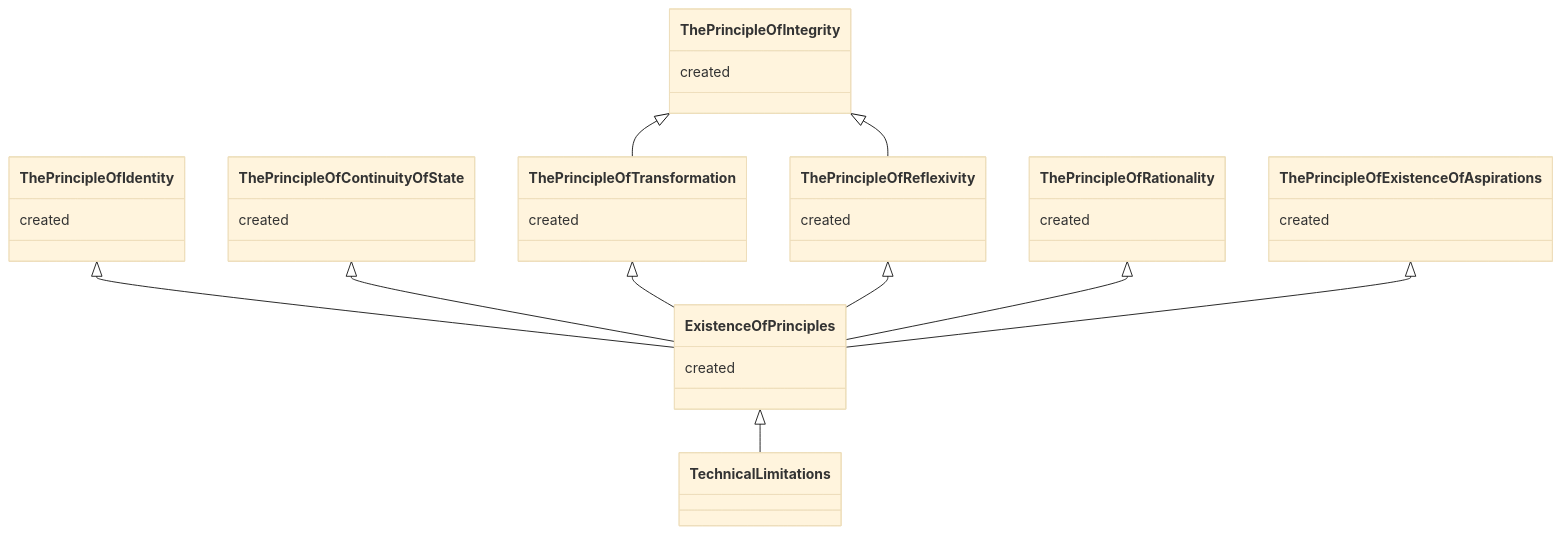
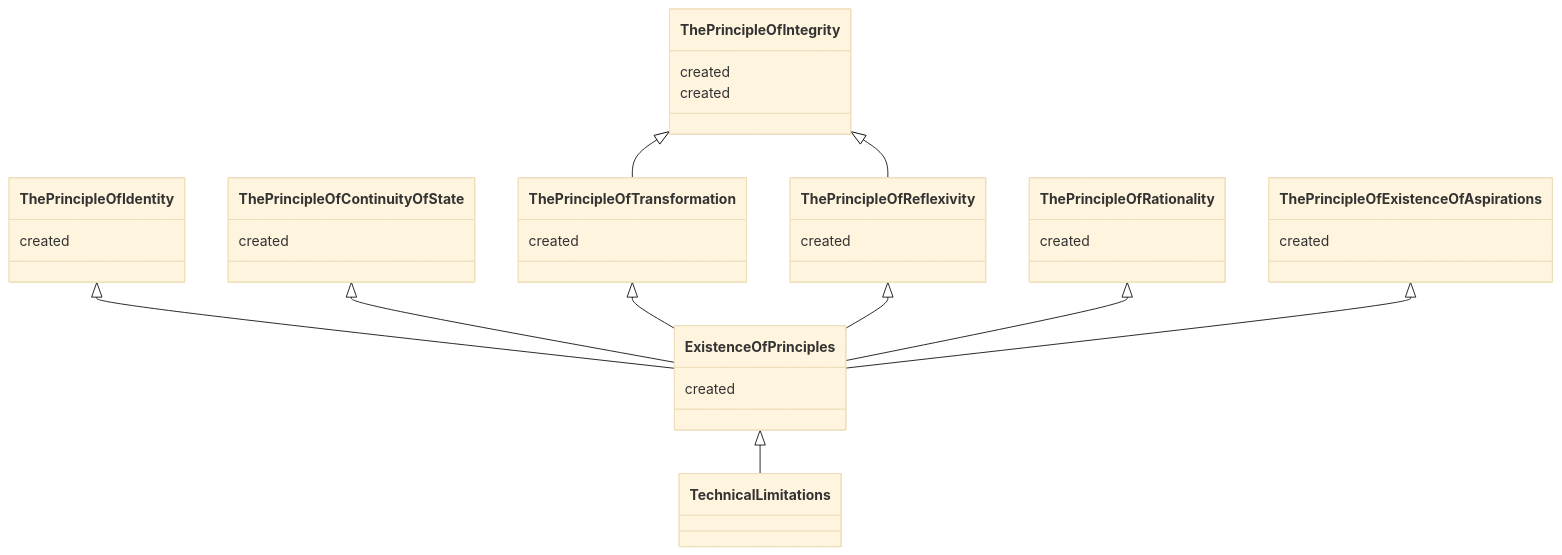
The third of 5 diagrams in evmos/PrecedenceGraph.md (the-laurel/chain-proposals), drawn with Mermaid (base theme) before and after one commit.

````diff
--- a/evmos/PrecedenceGraph.md
+++ b/evmos/PrecedenceGraph.md
@@ -71,57 +71,62 @@
 ```mermaid
 classDiagram
+
+class The Principle Of Integrity  {
+  created
+}
+link The Principle Of Integrity "https://github.com/the-laurel/chain-proposals/blob/main/evmos/PrincipleOfIntegrity.md"
 
 class The Principle Of Reflexivity  {
   created
 }
 link The Principle Of Reflexivity "https://github.com/the-laurel/chain-proposals/blob/main/evmos/PrincipleOfReflexivity.md" 
 
 class The Principle Of Identity  {
   created
 }
 link The Principle Of Identity "https://github.com/the-laurel/chain-proposals/blob/main/evmos/PrincipleOfIdentity.md" 
 
 class The Principle Of Transformation  {
   created
 }
 link The Principle Of Transformation "https://github.com/the-laurel/chain-proposals/blob/main/evmos/PrincipleOfTransformation.md" 
 
 class Existence Of Principles {
   created
 }
 link Existence Of Principles "https://github.com/the-laurel/chain-proposals/blob/main/evmos/ExistenceOfPrinciples.md" 
 
 class The Principle Of Integrity {
   created
 }
 link The Principle Of Integrity "https://github.com/the-laurel/chain-proposals/blob/main/evmos/PrincipleOfIntegrity.md"
 
 class The Principle Of Rationality {
   created
 }
 link The Principle Of Rationality "https://github.com/the-laurel/chain-proposals/blob/main/evmos/PrincipleOfRationality.md" 
 
 class The Principle Of Existence Of Aspirations {
   created
 }
 link The Principle Of Existence Of Aspirations "https://github.com/the-laurel/chain-proposals/blob/main/evmos/PrincipleOfExistenceOfAspirations.md" 
 
 class The Principle Of Continuity Of State {
   created
 }
 link The Principle Of Continuity Of State "https://github.com/the-laurel/chain-proposals/blob/main/evmos/PrincipleOfContinuityOfState.md"
 
 The Principle Of Integrity  <|-- The Principle Of Transformation
 The Principle Of Integrity  <|-- The Principle Of Reflexivity
 
 The Principle Of Identity  <|-- Existence Of Principles 
 The Principle Of Continuity Of State  <|-- Existence Of Principles 
 The Principle Of Transformation <|-- Existence Of Principles 
 The Principle Of Reflexivity <|-- Existence Of Principles 
 The Principle Of Rationality <|-- Existence Of Principles
 The Principle Of Existence Of Aspirations <|-- Existence Of Principles
 
 Existence Of Principles <|-- Technical Limitations
 
 
 ```
````
